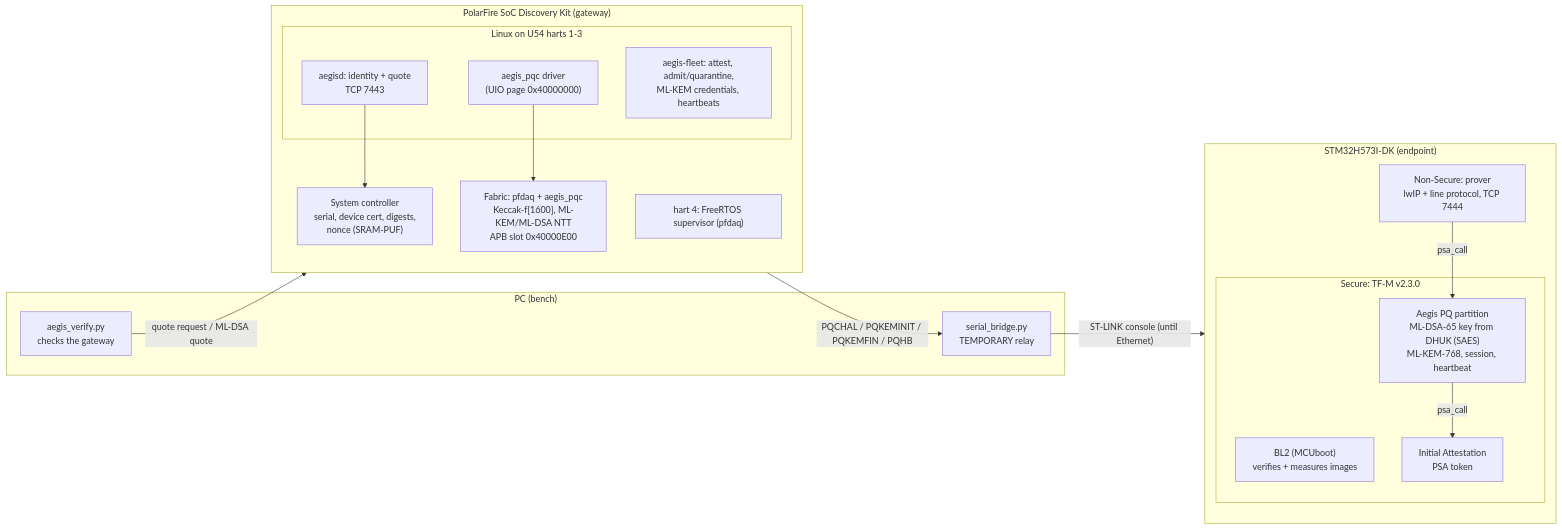
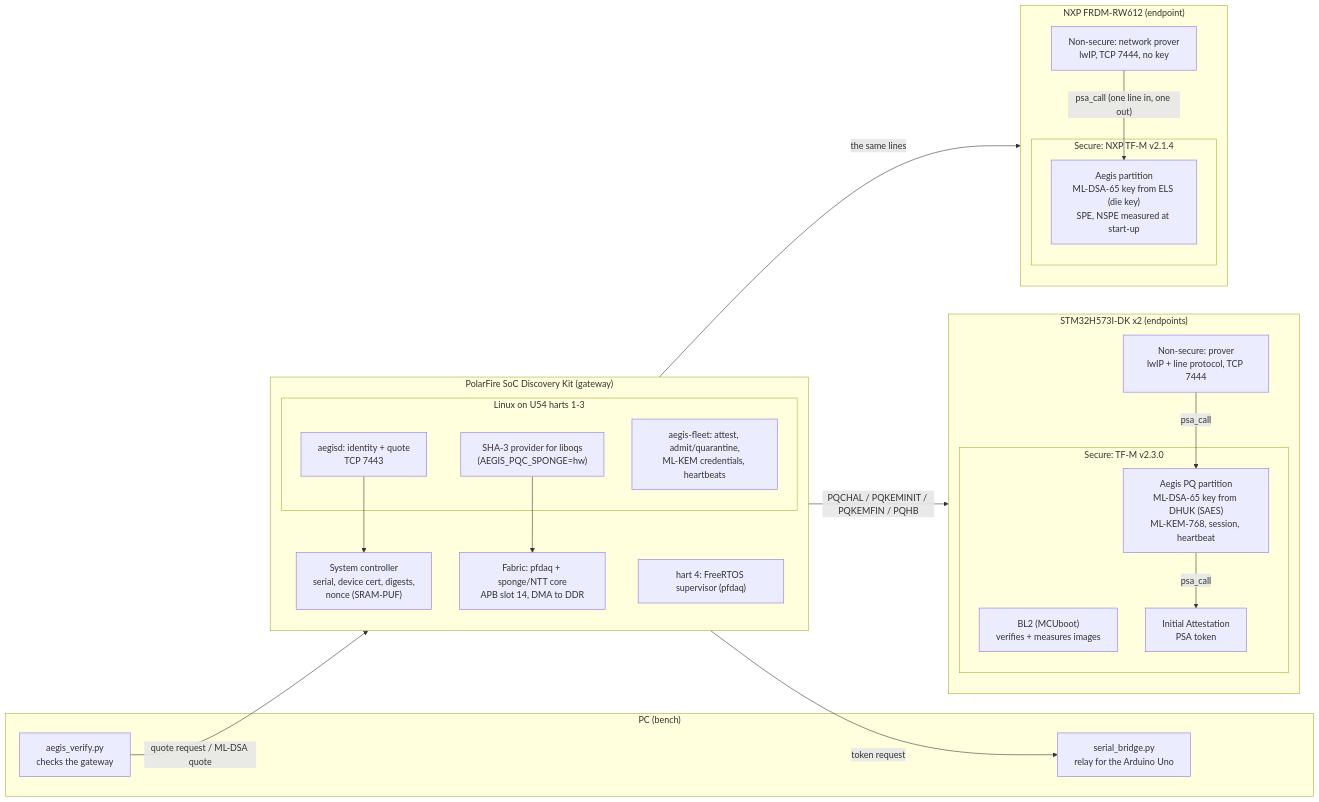
One commit to ismailalitech/aegis changed the first of 2 diagrams in docs/architecture.md. Above: the diagram before and after it, drawn with Mermaid. The commit also changed other lines of this file and 5 other files, not shown here.

First line of the commit message:
Docs: architecture, threat model, white paper and README brought up to the bench as of 18 November

````diff
--- a/docs/architecture.md
+++ b/docs/architecture.md
@@ -10,34 +14,43 @@
 ```mermaid
 flowchart LR
   subgraph PC["PC (bench)"]
     V["aegis_verify.py<br/>checks the gateway"]
-    R["serial_bridge.py<br/>TEMPORARY relay"]
+    R["serial_bridge.py<br/>relay for the Arduino Uno"]
   end
   subgraph GW["PolarFire SoC Discovery Kit (gateway)"]
     direction TB
     subgraph LNX["Linux on U54 harts 1-3"]
       Q["aegisd: identity + quote<br/>TCP 7443"]
       F["aegis-fleet: attest, admit/quarantine,<br/>ML-KEM credentials, heartbeats"]
-      DRV["aegis_pqc driver<br/>(UIO page 0x40000000)"]
+      DRV["SHA-3 provider for liboqs<br/>(AEGIS_PQC_SPONGE=hw)"]
     end
     SC["System controller<br/>serial, device cert, digests,<br/>nonce (SRAM-PUF)"]
-    FAB["Fabric: pfdaq + aegis_pqc<br/>Keccak-f[1600], ML-KEM/ML-DSA NTT<br/>APB slot 0x40000E00"]
+    FAB["Fabric: pfdaq + sponge/NTT core<br/>APB slot 14, DMA to DDR"]
     H4["hart 4: FreeRTOS supervisor (pfdaq)"]
   end
-  subgraph EP["STM32H573I-DK (endpoint)"]
+  subgraph EP["STM32H573I-DK x2 (endpoints)"]
     direction TB
-    NS["Non-Secure: prover<br/>lwIP + line protocol, TCP 7444"]
+    NS["Non-secure: prover<br/>lwIP + line protocol, TCP 7444"]
     subgraph S["Secure: TF-M v2.3.0"]
       BL2["BL2 (MCUboot)<br/>verifies + measures images"]
       ATT["Initial Attestation<br/>PSA token"]
       PQ["Aegis PQ partition<br/>ML-DSA-65 key from DHUK (SAES)<br/>ML-KEM-768, session, heartbeat"]
     end
   end
+  subgraph RW["NXP FRDM-RW612 (endpoint)"]
+    direction TB
+    RNS["Non-secure: network prover<br/>lwIP, TCP 7444, no key"]
+    subgraph RS["Secure: NXP TF-M v2.1.4"]
+      RPQ["Aegis partition<br/>ML-DSA-65 key from ELS (die key)<br/>SPE, NSPE measured at start-up"]
+    end
+  end
   V -- "quote request / ML-DSA quote" --> Q
   Q --> SC
-  F -- "PQCHAL / PQKEMINIT / PQKEMFIN / PQHB" --> R
-  R -- "ST-LINK console (until Ethernet)" --> NS
+  F -- "PQCHAL / PQKEMINIT / PQKEMFIN / PQHB" --> NS
+  F -- "the same lines" --> RNS
+  F -- "token request" --> R
   NS -- "psa_call" --> PQ
   PQ -- "psa_call" --> ATT
+  RNS -- "psa_call (one line in, one out)" --> RPQ
   DRV --> FAB
 ```
````
